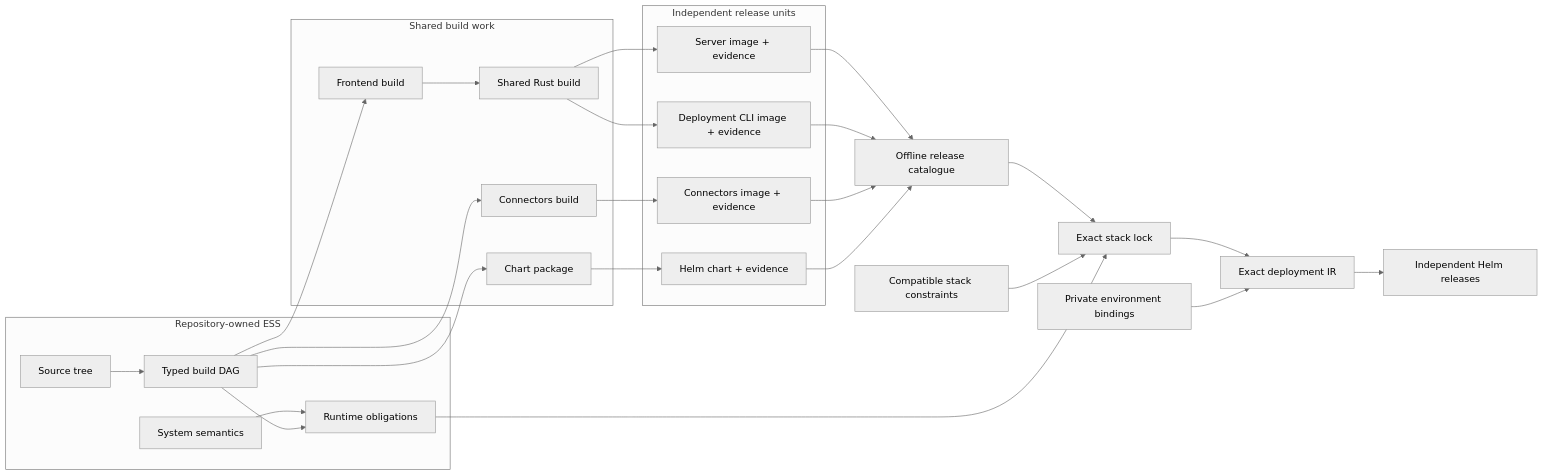
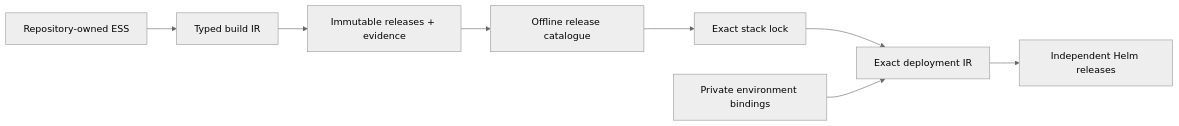
One commit to beyond10x/devcenter changed the first of 2 diagrams in docs/ess-deployment-model.md. Above: the diagram before and after it, drawn with Mermaid (neutral theme). The commit also changed other lines of this file and 6 other files, not shown here.

Commit message:
docs: generate the concrete ESS build graph

````diff
--- a/docs/ess-deployment-model.md
+++ b/docs/ess-deployment-model.md
@@ -22,51 +25,16 @@
 ```mermaid
 flowchart LR
-  subgraph authored["Repository-owned ESS"]
-    semantics["System semantics"]
-    source["Source tree"]
-    build["Typed build DAG"]
-    runtime["Runtime obligations"]
-    source --> build
-    semantics --> runtime
-    build --> runtime
-  end
-
-  subgraph shared["Shared build work"]
-    frontend["Frontend build"]
-    rust["Shared Rust build"]
-    connectorBuild["Connectors build"]
-    chartBuild["Chart package"]
-    build --> frontend --> rust
-    build --> connectorBuild
-    build --> chartBuild
-  end
-
-  subgraph units["Independent release units"]
-    server["Server image + evidence"]
-    cli["Deployment CLI image + evidence"]
-    connectors["Connectors image + evidence"]
-    chart["Helm chart + evidence"]
-    rust --> server
-    rust --> cli
-    connectorBuild --> connectors
-    chartBuild --> chart
-  end
-
+  authored["Repository-owned ESS"]
+  build["Typed build IR"]
+  releases["Immutable releases + evidence"]
   catalog["Offline release catalogue"]
-  stack["Compatible stack constraints"]
   lock["Exact stack lock"]
   environment["Private environment bindings"]
   deployment["Exact deployment IR"]
   rollout["Independent Helm releases"]
 
-  server --> catalog
-  cli --> catalog
-  connectors --> catalog
-  chart --> catalog
-  catalog --> lock
-  stack --> lock
-  runtime --> lock
+  authored --> build --> releases --> catalog --> lock
   lock --> deployment
   environment --> deployment
   deployment --> rollout
 ```
````
